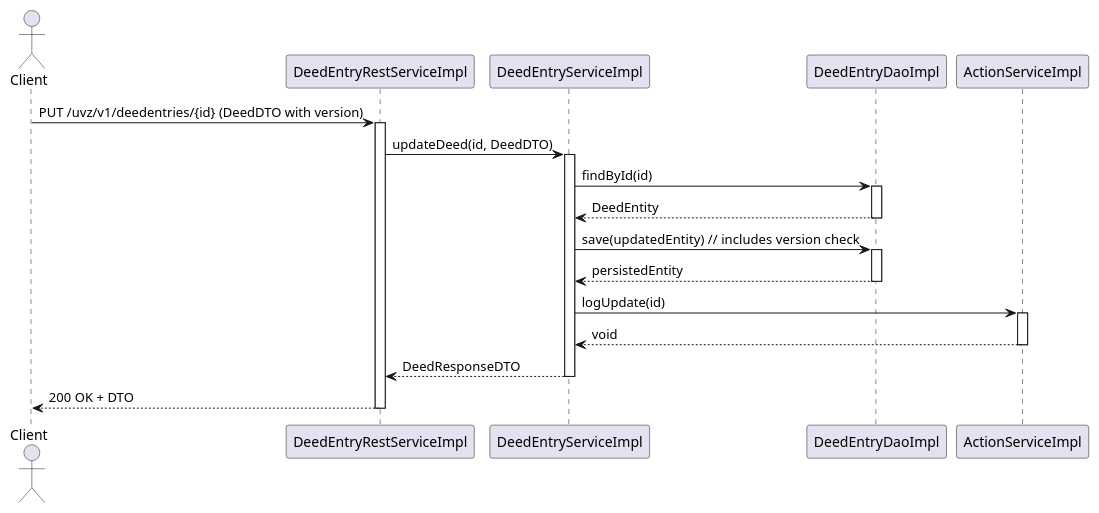
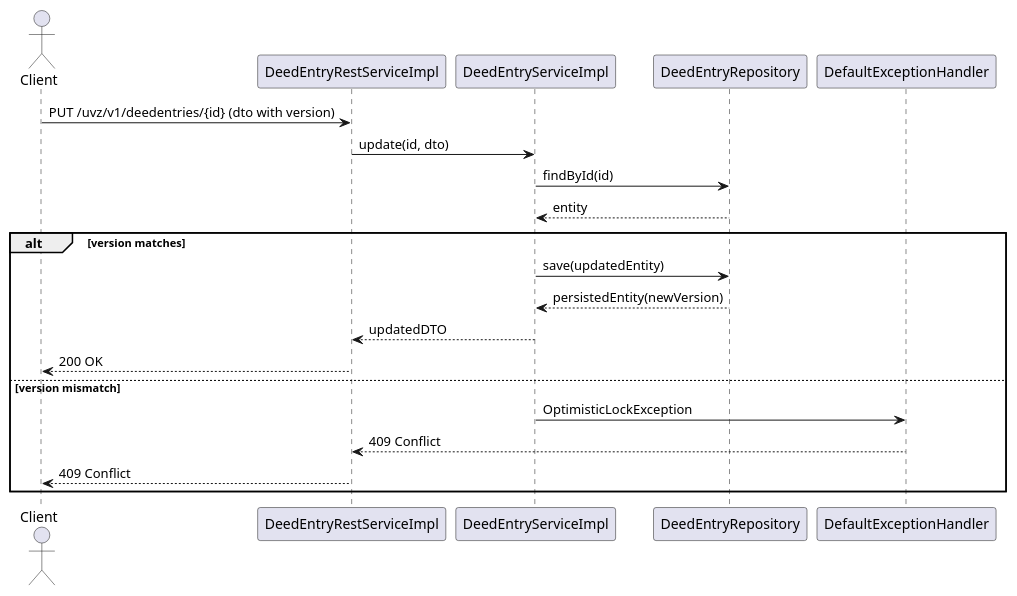
The sixth of 7 diagrams in knowledge/architecture/arc42/06-part1-api-flows.md (aymenmastouri/aicodegencrew), drawn with PlantUML before and after one commit. The commit also changed other lines of this file and 28 other files, not shown here.

Commit message:
[aicodegencrew] phase3_architecture_synthesis completed - 2026-02-09 18:15:23

````diff
--- a/knowledge/architecture/arc42/06-part1-api-flows.md
+++ b/knowledge/architecture/arc42/06-part1-api-flows.md
@@ -203,30 +182,24 @@
 ```plantuml
 @startuml
 actor Client
-participant DeedEntryRestServiceImpl as RestCtrl
-participant DeedEntryServiceImpl as Service
-participant DeedEntryDaoImpl as Repo
-participant ActionServiceImpl as Audit
+participant DeedEntryRestServiceImpl as Ctrl
+participant DeedEntryServiceImpl as Svc
+participant DeedEntryRepository as Repo
+participant DefaultExceptionHandler as ErrH
 
-Client -> RestCtrl: PUT /uvz/v1/deedentries/{id} (DeedDTO with version)
-activate RestCtrl
-RestCtrl -> Service: updateDeed(id, DeedDTO)
-activate Service
-Service -> Repo: findById(id)
-activate Repo
-Repo --> Service: DeedEntity
-deactivate Repo
-Service -> Repo: save(updatedEntity)  // includes version check
-activate Repo
-Repo --> Service: persistedEntity
-deactivate Repo
-Service -> Audit: logUpdate(id)
-activate Audit
-Audit --> Service: void
-deactivate Audit
-Service --> RestCtrl: DeedResponseDTO
-deactivate Service
-RestCtrl --> Client: 200 OK + DTO
-deactivate RestCtrl
+Client -> Ctrl: PUT /uvz/v1/deedentries/{id} (dto with version)
+Ctrl -> Svc: update(id, dto)
+Svc -> Repo: findById(id)
+Repo --> Svc: entity
+alt version matches
+    Svc -> Repo: save(updatedEntity)
+    Repo --> Svc: persistedEntity(newVersion)
+    Svc --> Ctrl: updatedDTO
+    Ctrl --> Client: 200 OK
+else version mismatch
+    Svc -> ErrH: OptimisticLockException
+    ErrH --> Ctrl: 409 Conflict
+    Ctrl --> Client: 409 Conflict
+end
 @enduml
 ```
````
